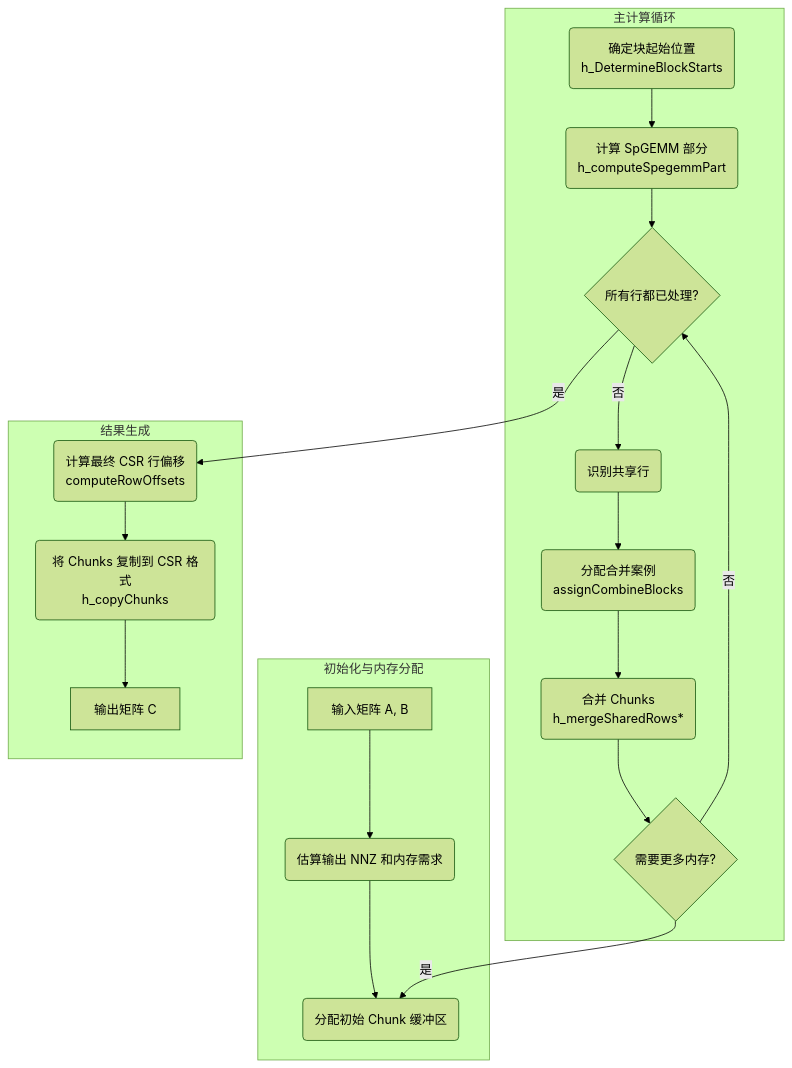
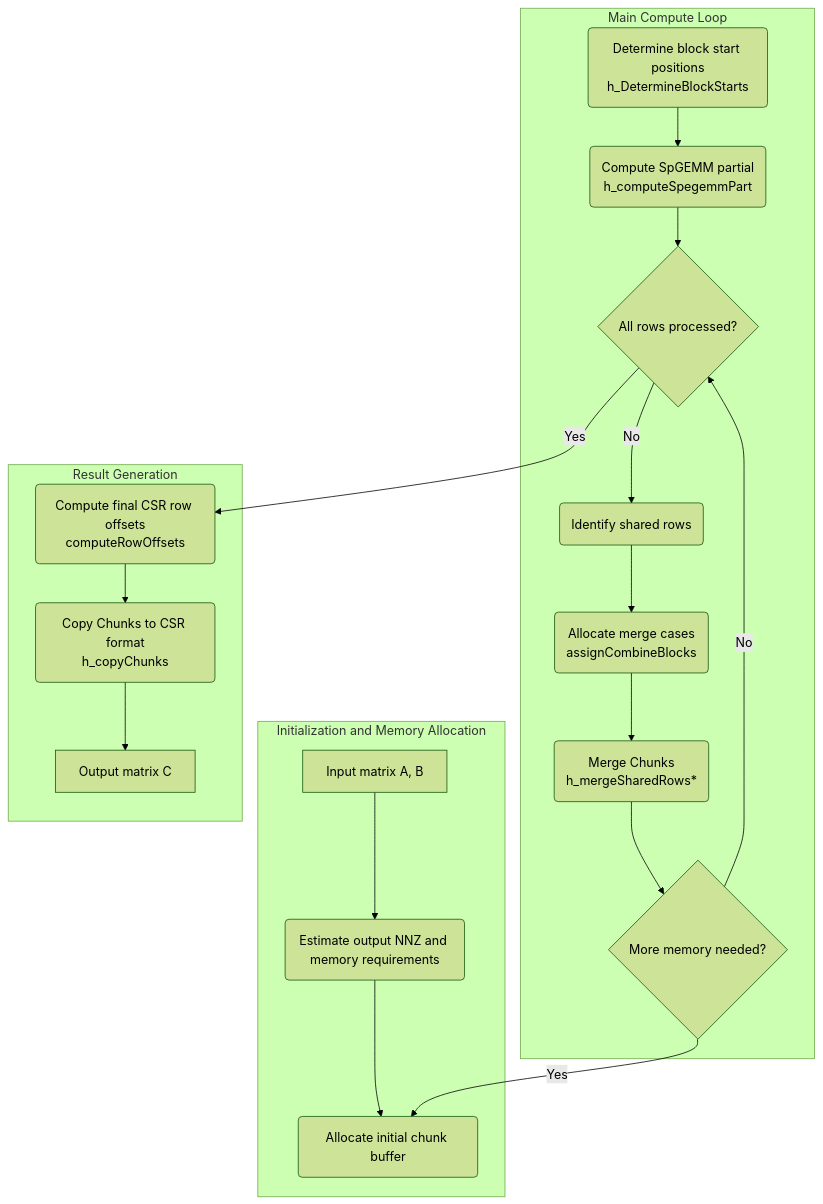
One commit to QiWu-NCIC/QiWu-KernelPerf changed diagram 11 of 21 in KernelPerf/submissions/spmv/alphasparse/upstream/AlphasparseWiki .md. Above: the diagram before and after it, drawn with Mermaid (forest theme). The commit also changed other lines of this file and 310 other files, not shown here.

````diff
--- a/KernelPerf/submissions/spmv/alphasparse/upstream/AlphasparseWiki .md
+++ b/KernelPerf/submissions/spmv/alphasparse/upstream/AlphasparseWiki .md
@@ -1062,24 +1062,24 @@
 ```mermaid
 graph TD
-    subgraph "初始化与内存分配"
-        A[输入矩阵 A, B] --> B1(估算输出 NNZ 和内存需求);
-        B1 --> B2(分配初始 Chunk 缓冲区);
+    subgraph "Initialization and Memory Allocation"
+        A[Input matrix A, B] --> B1(Estimate output NNZ and memory requirements);
+        B1 --> B2(Allocate initial chunk buffer);
     end
 
-    subgraph "主计算循环"
-        C1(确定块起始位置<br>h_DetermineBlockStarts) --> C2(计算 SpGEMM 部分<br>h_computeSpegemmPart);
-        C2 --> C3{所有行都已处理?};
-        C3 -- 否 --> C4(识别共享行);
-        C4 --> C5(分配合并案例<br>assignCombineBlocks);
-        C5 --> C6(合并 Chunks<br>h_mergeSharedRows*);
-        C6 --> C7{需要更多内存?};
-        C7 -- 是 --> B2;
-        C7 -- 否 --> C3;
+    subgraph "Main Compute Loop"
+        C1(Determine block start positions<br>h_DetermineBlockStarts) --> C2(Compute SpGEMM partial<br>h_computeSpegemmPart);
+        C2 --> C3{All rows processed?};
+        C3 -- No --> C4(Identify shared rows);
+        C4 --> C5(Allocate merge cases<br>assignCombineBlocks);
+        C5 --> C6(Merge Chunks<br>h_mergeSharedRows*);
+        C6 --> C7{More memory needed?};
+        C7 -- Yes --> B2;
+        C7 -- No --> C3;
     end
 
-    subgraph "结果生成"
-        C3 -- 是 --> D1(计算最终 CSR 行偏移<br>computeRowOffsets);
-        D1 --> D2(将 Chunks 复制到 CSR 格式<br>h_copyChunks);
-        D2 --> E[输出矩阵 C];
+    subgraph "Result Generation"
+        C3 -- Yes --> D1(Compute final CSR row offsets<br>computeRowOffsets);
+        D1 --> D2(Copy Chunks to CSR format<br>h_copyChunks);
+        D2 --> E[Output matrix C];
     end
 ```
````
